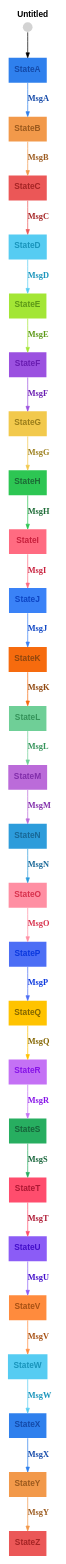
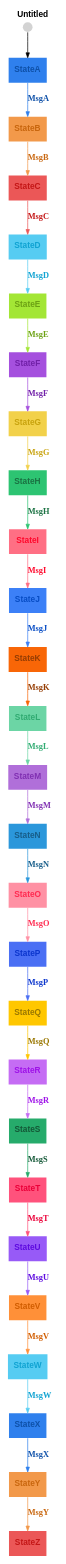
The diagram in graphs/color-test.dot (m-bock/purescript-transit), drawn with Graphviz before and after one commit. The commit also changed 7 other files, not shown here.

```diff
--- a/graphs/color-test.dot
+++ b/graphs/color-test.dot
@@ -1,57 +1,57 @@
 digraph 
 {
 rankdir = "TD";fontname = "Arial";label = <<b>Untitled</b>>;labelloc = "t";fontsize = 12
-StateA [shape = "box", label = <<b>StateA</b>>, fontsize = 12, style = "filled", fillcolor = "#2f80ed", fontcolor = "#1449a8", fontname = "Arial", labelloc = "c", penwidth = 0.0]
+StateA [shape = "box", label = <<b>StateA</b>>, fontsize = 12, style = "filled", fillcolor = "#2f80ed", fontcolor = "#0e50a8", fontname = "Arial", labelloc = "c", penwidth = 0.0]
 __Start__ [shape = "circle", label = "", width = 0.2, height = 0.2, fixedsize = true, style = "filled", penwidth = 0.0]
 __Start__ -> StateA [arrowsize = "0.7"]
-StateA -> StateB [label = <<b>MsgA</b>>, fontcolor = "#1449a8", color = "#2f80ed", fontsize = 12, arrowsize = "0.7"]
-StateB [shape = "box", label = <<b>StateB</b>>, fontsize = 12, style = "filled", fillcolor = "#f2994a", fontcolor = "#9b5a1e", fontname = "Arial", labelloc = "c", penwidth = 0.0]
-StateB -> StateC [label = <<b>MsgB</b>>, fontcolor = "#9b5a1e", color = "#f2994a", fontsize = 12, arrowsize = "0.7"]
-StateC [shape = "box", label = <<b>StateC</b>>, fontsize = 12, style = "filled", fillcolor = "#eb5757", fontcolor = "#a52525", fontname = "Arial", labelloc = "c", penwidth = 0.0]
-StateC -> StateD [label = <<b>MsgC</b>>, fontcolor = "#a52525", color = "#eb5757", fontsize = 12, arrowsize = "0.7"]
-StateD [shape = "box", label = <<b>StateD</b>>, fontsize = 12, style = "filled", fillcolor = "#56ccf2", fontcolor = "#1994bb", fontname = "Arial", labelloc = "c", penwidth = 0.0]
-StateD -> StateE [label = <<b>MsgD</b>>, fontcolor = "#1994bb", color = "#56ccf2", fontsize = 12, arrowsize = "0.7"]
-StateE [shape = "box", label = <<b>StateE</b>>, fontsize = 12, style = "filled", fillcolor = "#a3e635", fontcolor = "#5c9817", fontname = "Arial", labelloc = "c", penwidth = 0.0]
-StateE -> StateF [label = <<b>MsgE</b>>, fontcolor = "#5c9817", color = "#a3e635", fontsize = 12, arrowsize = "0.7"]
-StateF [shape = "box", label = <<b>StateF</b>>, fontsize = 12, style = "filled", fillcolor = "#9b51e0", fontcolor = "#691db1", fontname = "Arial", labelloc = "c", penwidth = 0.0]
-StateF -> StateG [label = <<b>MsgF</b>>, fontcolor = "#691db1", color = "#9b51e0", fontsize = 12, arrowsize = "0.7"]
-StateG [shape = "box", label = <<b>StateG</b>>, fontsize = 12, style = "filled", fillcolor = "#f2c94c", fontcolor = "#9b7e1b", fontname = "Arial", labelloc = "c", penwidth = 0.0]
-StateG -> StateH [label = <<b>MsgG</b>>, fontcolor = "#9b7e1b", color = "#f2c94c", fontsize = 12, arrowsize = "0.7"]
-StateH [shape = "box", label = <<b>StateH</b>>, fontsize = 12, style = "filled", fillcolor = "#2dc653", fontcolor = "#1c6a35", fontname = "Arial", labelloc = "c", penwidth = 0.0]
-StateH -> StateI [label = <<b>MsgH</b>>, fontcolor = "#1c6a35", color = "#2dc653", fontsize = 12, arrowsize = "0.7"]
-StateI [shape = "box", label = <<b>StateI</b>>, fontsize = 12, style = "filled", fillcolor = "#ff6b81", fontcolor = "#c8203d", fontname = "Arial", labelloc = "c", penwidth = 0.0]
-StateI -> StateJ [label = <<b>MsgI</b>>, fontcolor = "#c8203d", color = "#ff6b81", fontsize = 12, arrowsize = "0.7"]
-StateJ [shape = "box", label = <<b>StateJ</b>>, fontsize = 12, style = "filled", fillcolor = "#3a82f7", fontcolor = "#0e45c4", fontname = "Arial", labelloc = "c", penwidth = 0.0]
-StateJ -> StateK [label = <<b>MsgJ</b>>, fontcolor = "#0e45c4", color = "#3a82f7", fontsize = 12, arrowsize = "0.7"]
-StateK [shape = "box", label = <<b>StateK</b>>, fontsize = 12, style = "filled", fillcolor = "#f66b0e", fontcolor = "#8f470f", fontname = "Arial", labelloc = "c", penwidth = 0.0]
-StateK -> StateL [label = <<b>MsgK</b>>, fontcolor = "#8f470f", color = "#f66b0e", fontsize = 12, arrowsize = "0.7"]
-StateL [shape = "box", label = <<b>StateL</b>>, fontsize = 12, style = "filled", fillcolor = "#6fcf97", fontcolor = "#35935a", fontname = "Arial", labelloc = "c", penwidth = 0.0]
-StateL -> StateM [label = <<b>MsgL</b>>, fontcolor = "#35935a", color = "#6fcf97", fontsize = 12, arrowsize = "0.7"]
-StateM [shape = "box", label = <<b>StateM</b>>, fontsize = 12, style = "filled", fillcolor = "#bb6bd9", fontcolor = "#812eaa", fontname = "Arial", labelloc = "c", penwidth = 0.0]
-StateM -> StateN [label = <<b>MsgM</b>>, fontcolor = "#812eaa", color = "#bb6bd9", fontsize = 12, arrowsize = "0.7"]
-StateN [shape = "box", label = <<b>StateN</b>>, fontsize = 12, style = "filled", fillcolor = "#2d9cdb", fontcolor = "#186796", fontname = "Arial", labelloc = "c", penwidth = 0.0]
-StateN -> StateO [label = <<b>MsgN</b>>, fontcolor = "#186796", color = "#2d9cdb", fontsize = 12, arrowsize = "0.7"]
-StateO [shape = "box", label = <<b>StateO</b>>, fontsize = 12, style = "filled", fillcolor = "#ff8fa3", fontcolor = "#d8314d", fontname = "Arial", labelloc = "c", penwidth = 0.0]
-StateO -> StateP [label = <<b>MsgO</b>>, fontcolor = "#d8314d", color = "#ff8fa3", fontsize = 12, arrowsize = "0.7"]
-StateP [shape = "box", label = <<b>StateP</b>>, fontsize = 12, style = "filled", fillcolor = "#4c6ef5", fontcolor = "#0b38de", fontname = "Arial", labelloc = "c", penwidth = 0.0]
-StateP -> StateQ [label = <<b>MsgP</b>>, fontcolor = "#0b38de", color = "#4c6ef5", fontsize = 12, arrowsize = "0.7"]
-StateQ [shape = "box", label = <<b>StateQ</b>>, fontsize = 12, style = "filled", fillcolor = "#ffc300", fontcolor = "#836500", fontname = "Arial", labelloc = "c", penwidth = 0.0]
-StateQ -> StateR [label = <<b>MsgQ</b>>, fontcolor = "#836500", color = "#ffc300", fontsize = 12, arrowsize = "0.7"]
-StateR [shape = "box", label = <<b>StateR</b>>, fontsize = 12, style = "filled", fillcolor = "#c471f5", fontcolor = "#8613e8", fontname = "Arial", labelloc = "c", penwidth = 0.0]
-StateR -> StateS [label = <<b>MsgR</b>>, fontcolor = "#8613e8", color = "#c471f5", fontsize = 12, arrowsize = "0.7"]
-StateS [shape = "box", label = <<b>StateS</b>>, fontsize = 12, style = "filled", fillcolor = "#27ae60", fontcolor = "#17643a", fontname = "Arial", labelloc = "c", penwidth = 0.0]
-StateS -> StateT [label = <<b>MsgS</b>>, fontcolor = "#17643a", color = "#27ae60", fontsize = 12, arrowsize = "0.7"]
-StateT [shape = "box", label = <<b>StateT</b>>, fontsize = 12, style = "filled", fillcolor = "#ff4d6d", fontcolor = "#ae1934", fontname = "Arial", labelloc = "c", penwidth = 0.0]
-StateT -> StateU [label = <<b>MsgT</b>>, fontcolor = "#ae1934", color = "#ff4d6d", fontsize = 12, arrowsize = "0.7"]
-StateU [shape = "box", label = <<b>StateU</b>>, fontsize = 12, style = "filled", fillcolor = "#8b5cf6", fontcolor = "#440fca", fontname = "Arial", labelloc = "c", penwidth = 0.0]
-StateU -> StateV [label = <<b>MsgU</b>>, fontcolor = "#440fca", color = "#8b5cf6", fontsize = 12, arrowsize = "0.7"]
-StateV [shape = "box", label = <<b>StateV</b>>, fontsize = 12, style = "filled", fillcolor = "#ff8b3d", fontcolor = "#a75114", fontname = "Arial", labelloc = "c", penwidth = 0.0]
-StateV -> StateW [label = <<b>MsgV</b>>, fontcolor = "#a75114", color = "#ff8b3d", fontsize = 12, arrowsize = "0.7"]
-StateW [shape = "box", label = <<b>StateW</b>>, fontsize = 12, style = "filled", fillcolor = "#56ccf2", fontcolor = "#1994bb", fontname = "Arial", labelloc = "c", penwidth = 0.0]
-StateW -> StateX [label = <<b>MsgW</b>>, fontcolor = "#1994bb", color = "#56ccf2", fontsize = 12, arrowsize = "0.7"]
-StateX [shape = "box", label = <<b>StateX</b>>, fontsize = 12, style = "filled", fillcolor = "#2f80ed", fontcolor = "#1449a8", fontname = "Arial", labelloc = "c", penwidth = 0.0]
-StateX -> StateY [label = <<b>MsgX</b>>, fontcolor = "#1449a8", color = "#2f80ed", fontsize = 12, arrowsize = "0.7"]
-StateY [shape = "box", label = <<b>StateY</b>>, fontsize = 12, style = "filled", fillcolor = "#f2994a", fontcolor = "#9b5a1e", fontname = "Arial", labelloc = "c", penwidth = 0.0]
-StateY -> StateZ [label = <<b>MsgY</b>>, fontcolor = "#9b5a1e", color = "#f2994a", fontsize = 12, arrowsize = "0.7"]
-StateZ [shape = "box", label = <<b>StateZ</b>>, fontsize = 12, style = "filled", fillcolor = "#eb5757", fontcolor = "#a52525", fontname = "Arial", labelloc = "c", penwidth = 0.0]
+StateA -> StateB [label = <<b>MsgA</b>>, fontcolor = "#0e50a8", color = "#2f80ed", fontsize = 12, arrowsize = "0.7"]
+StateB [shape = "box", label = <<b>StateB</b>>, fontsize = 12, style = "filled", fillcolor = "#f2994a", fontcolor = "#c8660e", fontname = "Arial", labelloc = "c", penwidth = 0.0]
+StateB -> StateC [label = <<b>MsgB</b>>, fontcolor = "#c8660e", color = "#f2994a", fontsize = 12, arrowsize = "0.7"]
+StateC [shape = "box", label = <<b>StateC</b>>, fontsize = 12, style = "filled", fillcolor = "#eb5757", fontcolor = "#c41717", fontname = "Arial", labelloc = "c", penwidth = 0.0]
+StateC -> StateD [label = <<b>MsgC</b>>, fontcolor = "#c41717", color = "#eb5757", fontsize = 12, arrowsize = "0.7"]
+StateD [shape = "box", label = <<b>StateD</b>>, fontsize = 12, style = "filled", fillcolor = "#56ccf2", fontcolor = "#10a3d2", fontname = "Arial", labelloc = "c", penwidth = 0.0]
+StateD -> StateE [label = <<b>MsgD</b>>, fontcolor = "#10a3d2", color = "#56ccf2", fontsize = 12, arrowsize = "0.7"]
+StateE [shape = "box", label = <<b>StateE</b>>, fontsize = 12, style = "filled", fillcolor = "#a3e635", fontcolor = "#6ca114", fontname = "Arial", labelloc = "c", penwidth = 0.0]
+StateE -> StateF [label = <<b>MsgE</b>>, fontcolor = "#6ca114", color = "#a3e635", fontsize = 12, arrowsize = "0.7"]
+StateF [shape = "box", label = <<b>StateF</b>>, fontsize = 12, style = "filled", fillcolor = "#a550de", fontcolor = "#7120a8", fontname = "Arial", labelloc = "c", penwidth = 0.0]
+StateF -> StateG [label = <<b>MsgF</b>>, fontcolor = "#7120a8", color = "#a550de", fontsize = 12, arrowsize = "0.7"]
+StateG [shape = "box", label = <<b>StateG</b>>, fontsize = 12, style = "filled", fillcolor = "#f2d14a", fontcolor = "#c8a30e", fontname = "Arial", labelloc = "c", penwidth = 0.0]
+StateG -> StateH [label = <<b>MsgG</b>>, fontcolor = "#c8a30e", color = "#f2d14a", fontsize = 12, arrowsize = "0.7"]
+StateH [shape = "box", label = <<b>StateH</b>>, fontsize = 12, style = "filled", fillcolor = "#2dc472", fontcolor = "#1a7142", fontname = "Arial", labelloc = "c", penwidth = 0.0]
+StateH -> StateI [label = <<b>MsgH</b>>, fontcolor = "#1a7142", color = "#2dc472", fontsize = 12, arrowsize = "0.7"]
+StateI [shape = "box", label = <<b>StateI</b>>, fontsize = 12, style = "filled", fillcolor = "#ff6f84", fontcolor = "#ff092d", fontname = "Arial", labelloc = "c", penwidth = 0.0]
+StateI -> StateJ [label = <<b>MsgI</b>>, fontcolor = "#ff092d", color = "#ff6f84", fontsize = 12, arrowsize = "0.7"]
+StateJ [shape = "box", label = <<b>StateJ</b>>, fontsize = 12, style = "filled", fillcolor = "#3c80f7", fontcolor = "#084dc5", fontname = "Arial", labelloc = "c", penwidth = 0.0]
+StateJ -> StateK [label = <<b>MsgJ</b>>, fontcolor = "#084dc5", color = "#3c80f7", fontsize = 12, arrowsize = "0.7"]
+StateK [shape = "box", label = <<b>StateK</b>>, fontsize = 12, style = "filled", fillcolor = "#f86607", fontcolor = "#953d04", fontname = "Arial", labelloc = "c", penwidth = 0.0]
+StateK -> StateL [label = <<b>MsgK</b>>, fontcolor = "#953d04", color = "#f86607", fontsize = 12, arrowsize = "0.7"]
+StateL [shape = "box", label = <<b>StateL</b>>, fontsize = 12, style = "filled", fillcolor = "#6cd5a5", fontcolor = "#31ab72", fontname = "Arial", labelloc = "c", penwidth = 0.0]
+StateL -> StateM [label = <<b>MsgL</b>>, fontcolor = "#31ab72", color = "#6cd5a5", fontsize = 12, arrowsize = "0.7"]
+StateM [shape = "box", label = <<b>StateM</b>>, fontsize = 12, style = "filled", fillcolor = "#b06fd9", fontcolor = "#8030b2", fontname = "Arial", labelloc = "c", penwidth = 0.0]
+StateM -> StateN [label = <<b>MsgM</b>>, fontcolor = "#8030b2", color = "#b06fd9", fontsize = 12, arrowsize = "0.7"]
+StateN [shape = "box", label = <<b>StateN</b>>, fontsize = 12, style = "filled", fillcolor = "#2b97db", fontcolor = "#175d89", fontname = "Arial", labelloc = "c", penwidth = 0.0]
+StateN -> StateO [label = <<b>MsgN</b>>, fontcolor = "#175d89", color = "#2b97db", fontsize = 12, arrowsize = "0.7"]
+StateO [shape = "box", label = <<b>StateO</b>>, fontsize = 12, style = "filled", fillcolor = "#ff91a4", fontcolor = "#ff2b51", fontname = "Arial", labelloc = "c", penwidth = 0.0]
+StateO -> StateP [label = <<b>MsgO</b>>, fontcolor = "#ff2b51", color = "#ff91a4", fontsize = 12, arrowsize = "0.7"]
+StateP [shape = "box", label = <<b>StateP</b>>, fontsize = 12, style = "filled", fillcolor = "#4a6ff4", fontcolor = "#0c36cd", fontname = "Arial", labelloc = "c", penwidth = 0.0]
+StateP -> StateQ [label = <<b>MsgP</b>>, fontcolor = "#0c36cd", color = "#4a6ff4", fontsize = 12, arrowsize = "0.7"]
+StateQ [shape = "box", label = <<b>StateQ</b>>, fontsize = 12, style = "filled", fillcolor = "#ffc700", fontcolor = "#997700", fontname = "Arial", labelloc = "c", penwidth = 0.0]
+StateQ -> StateR [label = <<b>MsgQ</b>>, fontcolor = "#997700", color = "#ffc700", fontsize = 12, arrowsize = "0.7"]
+StateR [shape = "box", label = <<b>StateR</b>>, fontsize = 12, style = "filled", fillcolor = "#c56cf4", fontcolor = "#9e12e8", fontname = "Arial", labelloc = "c", penwidth = 0.0]
+StateR -> StateS [label = <<b>MsgR</b>>, fontcolor = "#9e12e8", color = "#c56cf4", fontsize = 12, arrowsize = "0.7"]
+StateS [shape = "box", label = <<b>StateS</b>>, fontsize = 12, style = "filled", fillcolor = "#26ab6b", fontcolor = "#145837", fontname = "Arial", labelloc = "c", penwidth = 0.0]
+StateS -> StateT [label = <<b>MsgS</b>>, fontcolor = "#145837", color = "#26ab6b", fontsize = 12, arrowsize = "0.7"]
+StateT [shape = "box", label = <<b>StateT</b>>, fontsize = 12, style = "filled", fillcolor = "#ff527c", fontcolor = "#eb0039", fontname = "Arial", labelloc = "c", penwidth = 0.0]
+StateT -> StateU [label = <<b>MsgT</b>>, fontcolor = "#eb0039", color = "#ff527c", fontsize = 12, arrowsize = "0.7"]
+StateU [shape = "box", label = <<b>StateU</b>>, fontsize = 12, style = "filled", fillcolor = "#975af7", fontcolor = "#5e0be0", fontname = "Arial", labelloc = "c", penwidth = 0.0]
+StateU -> StateV [label = <<b>MsgU</b>>, fontcolor = "#5e0be0", color = "#975af7", fontsize = 12, arrowsize = "0.7"]
+StateV [shape = "box", label = <<b>StateV</b>>, fontsize = 12, style = "filled", fillcolor = "#ff9038", fontcolor = "#d15d00", fontname = "Arial", labelloc = "c", penwidth = 0.0]
+StateV -> StateW [label = <<b>MsgV</b>>, fontcolor = "#d15d00", color = "#ff9038", fontsize = 12, arrowsize = "0.7"]
+StateW [shape = "box", label = <<b>StateW</b>>, fontsize = 12, style = "filled", fillcolor = "#56ccf2", fontcolor = "#10a3d2", fontname = "Arial", labelloc = "c", penwidth = 0.0]
+StateW -> StateX [label = <<b>MsgW</b>>, fontcolor = "#10a3d2", color = "#56ccf2", fontsize = 12, arrowsize = "0.7"]
+StateX [shape = "box", label = <<b>StateX</b>>, fontsize = 12, style = "filled", fillcolor = "#2f80ed", fontcolor = "#0e50a8", fontname = "Arial", labelloc = "c", penwidth = 0.0]
+StateX -> StateY [label = <<b>MsgX</b>>, fontcolor = "#0e50a8", color = "#2f80ed", fontsize = 12, arrowsize = "0.7"]
+StateY [shape = "box", label = <<b>StateY</b>>, fontsize = 12, style = "filled", fillcolor = "#f2994a", fontcolor = "#c8660e", fontname = "Arial", labelloc = "c", penwidth = 0.0]
+StateY -> StateZ [label = <<b>MsgY</b>>, fontcolor = "#c8660e", color = "#f2994a", fontsize = 12, arrowsize = "0.7"]
+StateZ [shape = "box", label = <<b>StateZ</b>>, fontsize = 12, style = "filled", fillcolor = "#eb5757", fontcolor = "#c41717", fontname = "Arial", labelloc = "c", penwidth = 0.0]
 }
```
